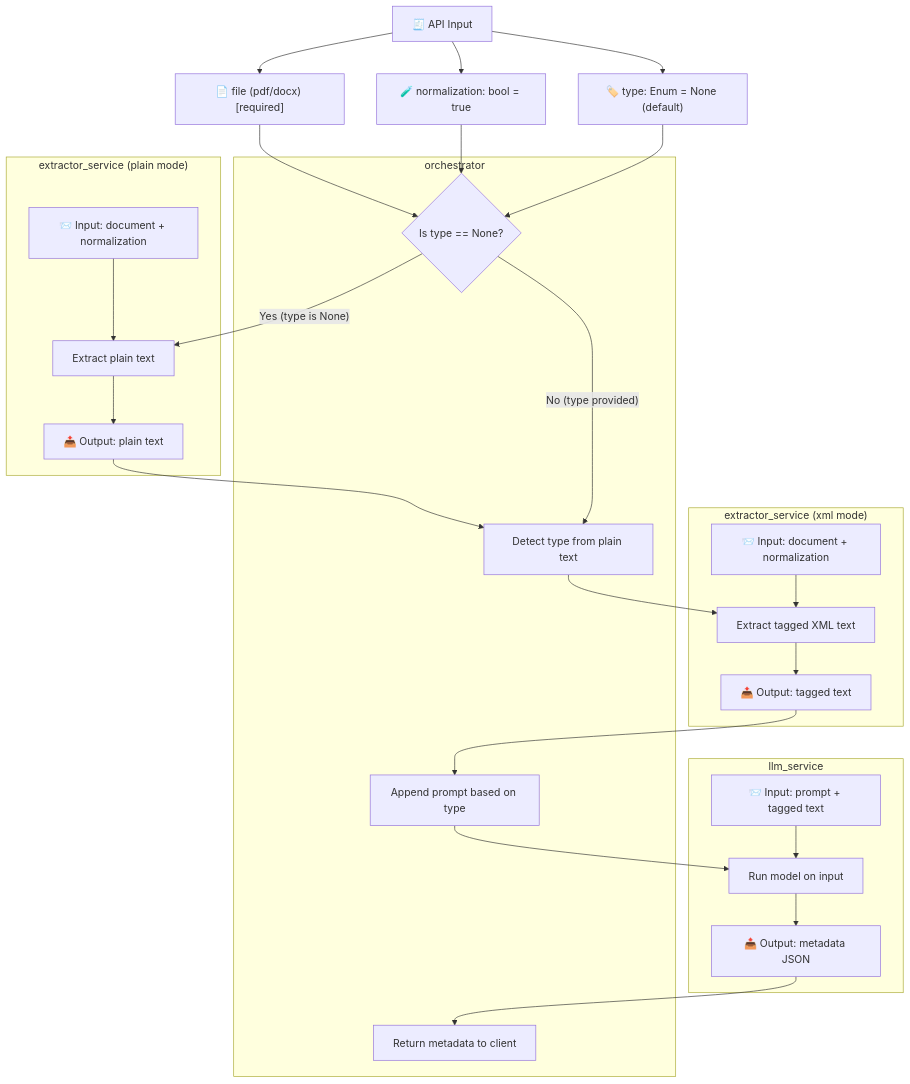
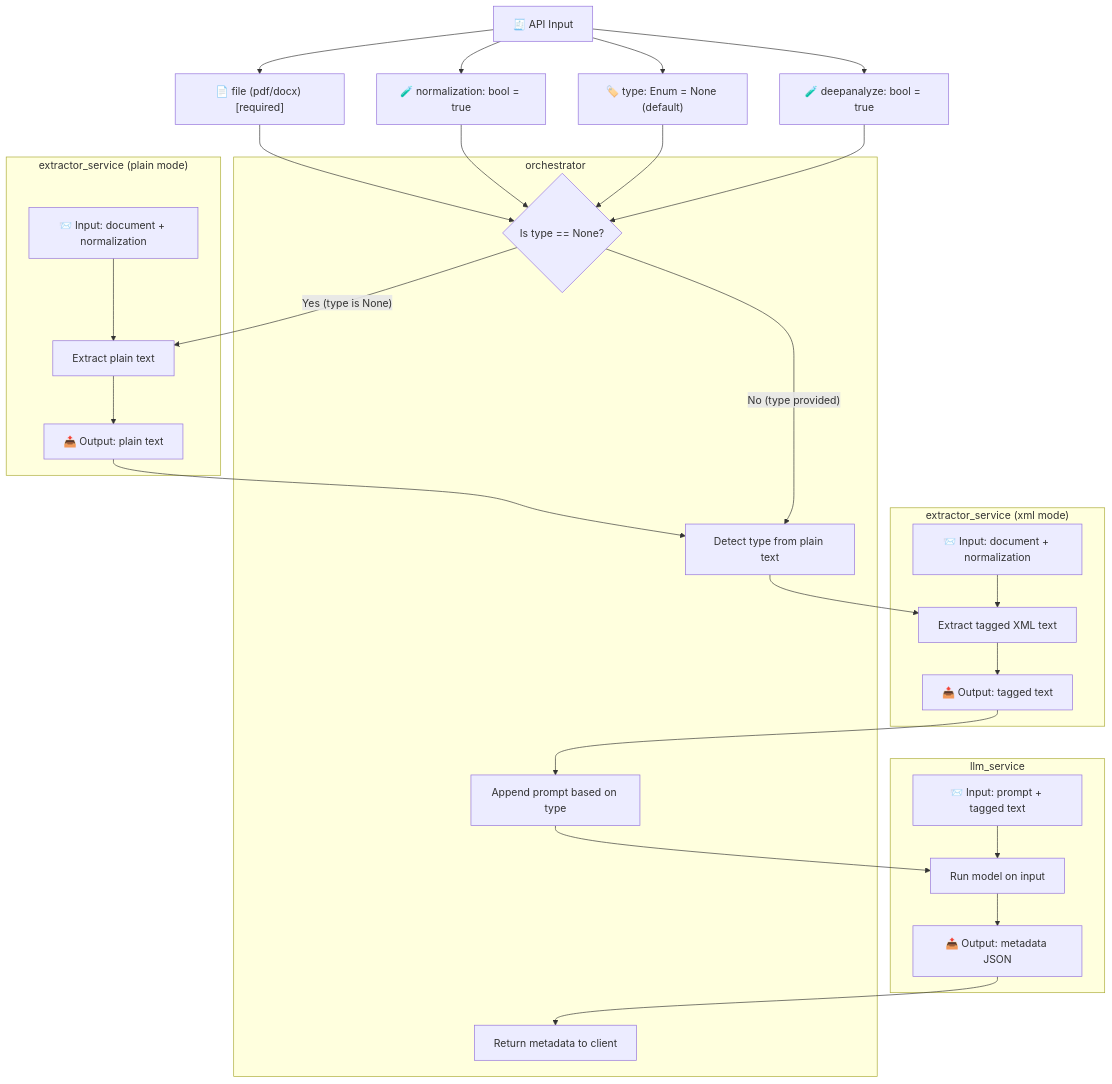
One commit to nahuelPanigo/document_extraction_llm changed the diagram in api/app/graph.md. Above: the diagram before and after it, drawn with Mermaid. The commit also changed 19 other files, not shown here.

````diff
--- a/api/app/graph.md
+++ b/api/app/graph.md
@@ -1,61 +1,64 @@
 ```mermaid
 flowchart TD
 
 %% --- Entrada del usuario ---
 UserInput["🧾 API Input"]
 File["📄 file (pdf/docx) [required]"]
 Normalization["🧪 normalization: bool = true"]
 Type["🏷️ type: Enum = None (default)"]
+Deepanalyze["🧪 deepanalyze: bool = true"]
 UserInput --> File
 UserInput --> Normalization
 UserInput --> Type
+UserInput --> Deepanalyze
 File --> B
 Normalization --> B
 Type --> B
+Deepanalyze --> B
 
 %% --- Orquestador decide flujo ---
 B{"Is type == None?"}
 
 %% --- Rama: No se envía tipo ---
 B -- "Yes (type is None)" --> C1
 subgraph extractor_service_plain["extractor_service (plain mode)"]
     EX1_INPUT["📨 Input: document + normalization"]
     C1["Extract plain text"]
     EX1_OUTPUT["📤 Output: plain text"]
     EX1_INPUT --> C1 --> EX1_OUTPUT
 end
 
 EX1_OUTPUT --> C2["Detect type from plain text"]
 
 %% --- Rama: Tipo enviado directamente ---
 B -- "No (type provided)" --> C2
 
 %% --- Extracción con etiquetas XML ---
 C2 --> C3
 subgraph extractor_service_xml["extractor_service (xml mode)"]
     EX2_INPUT["📨 Input: document + normalization"]
     C3["Extract tagged XML text"]
     EX2_OUTPUT["📤 Output: tagged text"]
     EX2_INPUT --> C3 --> EX2_OUTPUT
 end
 
 %% --- Lógica final: generación con LLM ---
 EX2_OUTPUT --> E1["Append prompt based on type"]
 E1 --> E2
 subgraph llm_service
     LLM_INPUT["📨 Input: prompt + tagged text"]
     E2["Run model on input"]
     LLM_OUTPUT["📤 Output: metadata JSON"]
     LLM_INPUT --> E2 --> LLM_OUTPUT
 end
 
 LLM_OUTPUT --> F["Return metadata to client"]
 
 %% --- Agrupación de orquestador ---
 subgraph orchestrator
     B
     C2
     E1
     F
 end
 ```
````
